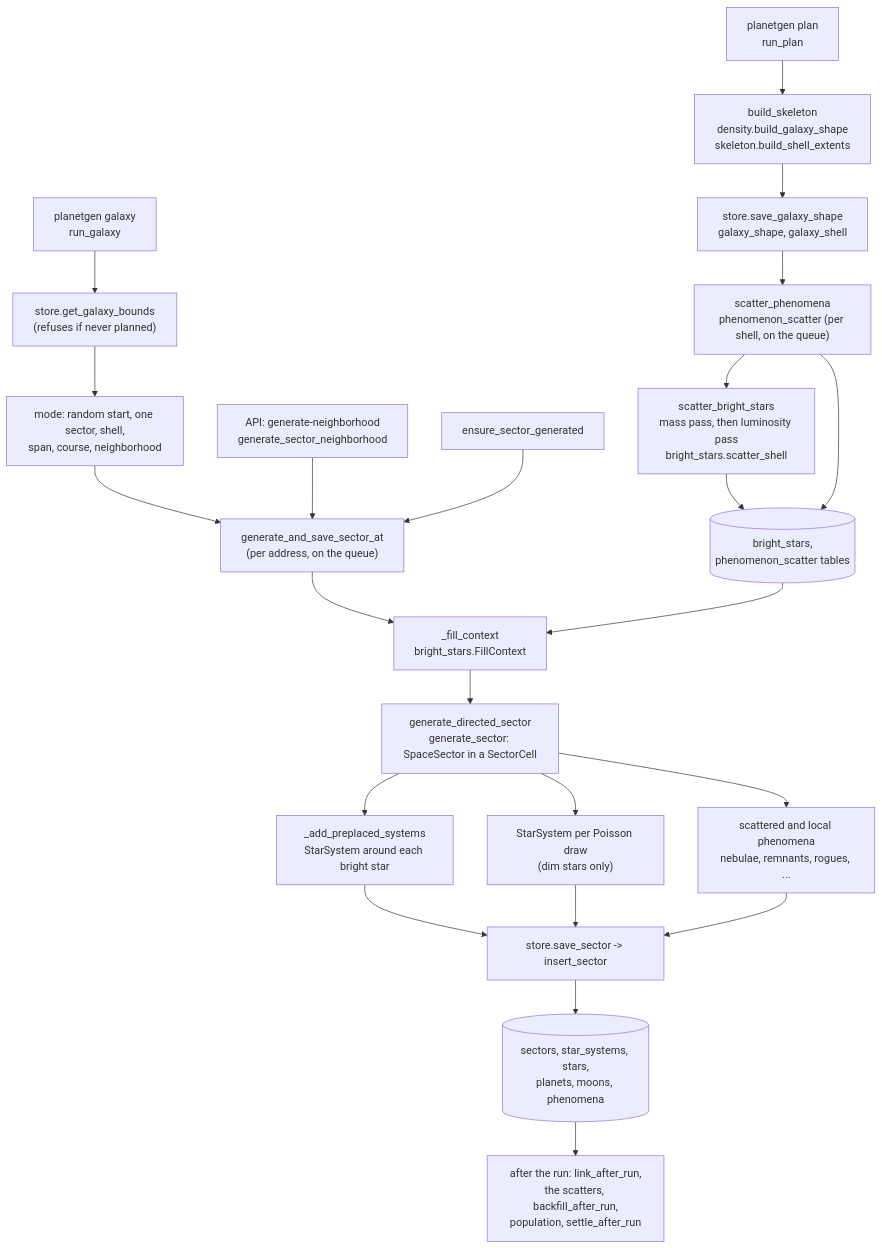
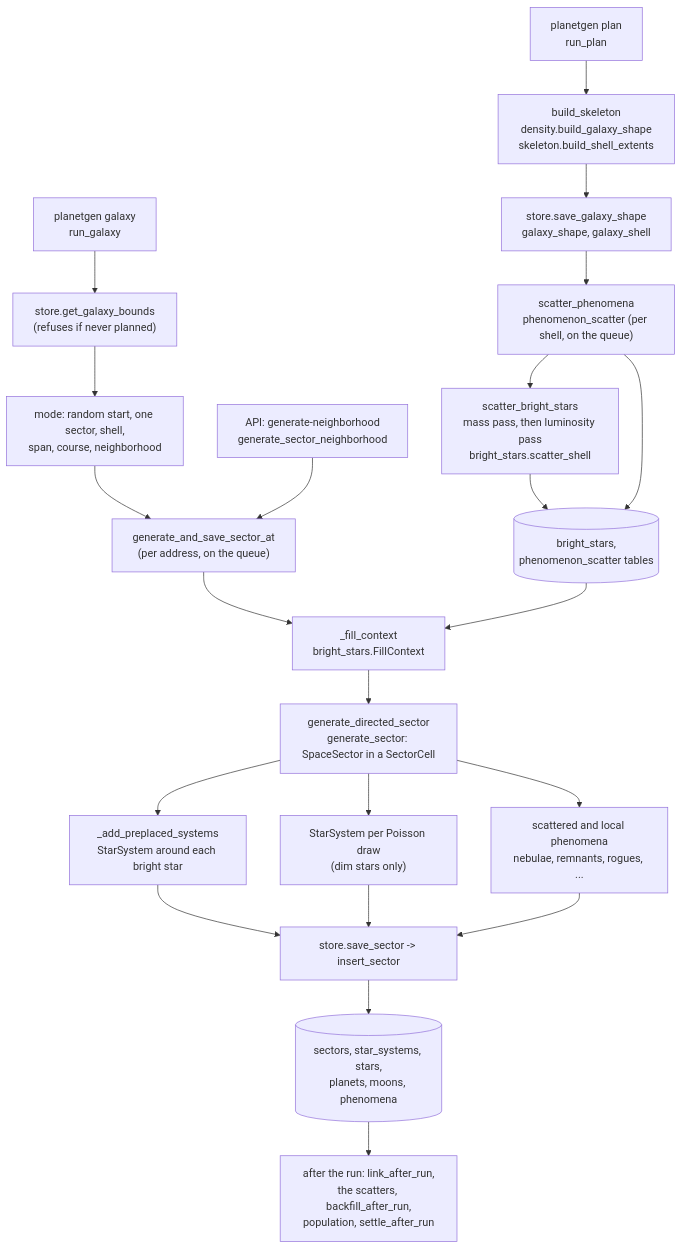
The second of 8 diagrams in docs/design/architecture/architecture.md (dwhagar/planetGen), drawn with Mermaid before and after one commit. The commit also changed other lines of this file and 16 other files, not shown here.

````diff
--- a/docs/design/architecture/architecture.md
+++ b/docs/design/architecture/architecture.md
@@ -680,26 +680,25 @@
 ```mermaid
 flowchart TD
     Plan["planetgen plan<br/>run_plan"] --> Skel["build_skeleton<br/>density.build_galaxy_shape<br/>skeleton.build_shell_extents"]
     Skel --> SaveSkel["store.save_galaxy_shape<br/>galaxy_shape, galaxy_shell"]
     SaveSkel --> Phen["scatter_phenomena<br/>phenomenon_scatter (per shell, on the queue)"]
     Phen --> Scatter["scatter_bright_stars<br/>mass pass, then luminosity pass<br/>bright_stars.scatter_shell"]
     Scatter --> BS[("bright_stars,<br/>phenomenon_scatter tables")]
     Phen --> BS
 
     Galaxy["planetgen galaxy<br/>run_galaxy"] --> Bounds["store.get_galaxy_bounds<br/>(refuses if never planned)"]
     Bounds --> Mode["mode: random start, one sector, shell,<br/>span, course, neighborhood"]
     Mode --> At["generate_and_save_sector_at<br/>(per address, on the queue)"]
     OnDemand["API: generate-neighborhood<br/>generate_sector_neighborhood"] --> At
-    Lazy["ensure_sector_generated"] --> At
     At --> Fill["_fill_context<br/>bright_stars.FillContext"]
     BS --> Fill
     Fill --> GenSec["generate_directed_sector<br/>generate_sector: SpaceSector in a SectorCell"]
     GenSec --> Pre["_add_preplaced_systems<br/>StarSystem around each bright star"]
     GenSec --> Dim["StarSystem per Poisson draw<br/>(dim stars only)"]
     GenSec --> Ph["scattered and local phenomena<br/>nebulae, remnants, rogues, ..."]
     Pre --> Save["store.save_sector -> insert_sector"]
     Dim --> Save
     Ph --> Save
     Save --> DB[("sectors, star_systems, stars,<br/>planets, moons, phenomena")]
     DB --> After["after the run: link_after_run,<br/>the scatters, backfill_after_run,<br/>population, settle_after_run"]
 ```
````
